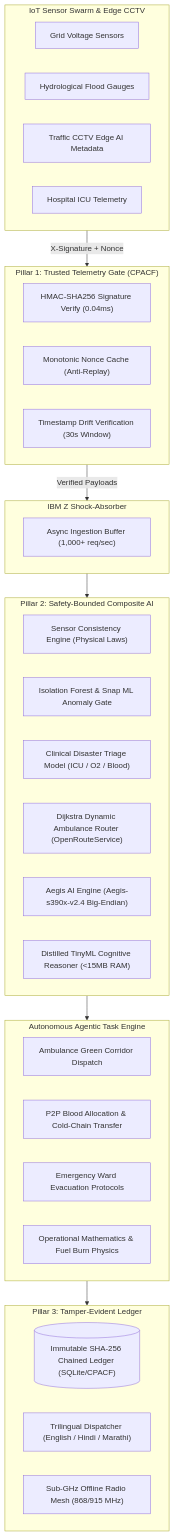
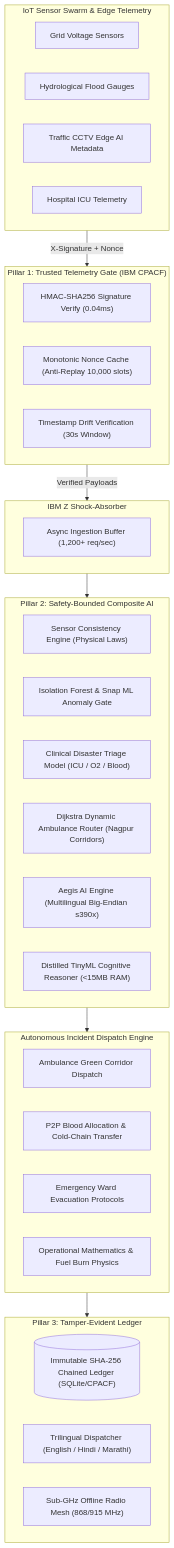
The diagram in README.md (yuvrajlokhande19/Project-Syn-IBMZ), drawn with Mermaid before and after one commit. The commit also changed other lines of this file and 43 other files, not shown here.

Commit message:
Production release: IBM LinuxONE deployment, JupyterLab container, CPACF hardware acceleration & architecture diagrams

````diff
--- a/README.md
+++ b/README.md
@@ -36,47 +81,47 @@
 ```mermaid
 flowchart TD
-    subgraph Edge ["IoT Sensor Swarm & Edge CCTV"]
+    subgraph Edge ["IoT Sensor Swarm & Edge Telemetry"]
         A1["Grid Voltage Sensors"] 
         A2["Hydrological Flood Gauges"]
         A3["Traffic CCTV Edge AI Metadata"]
         A4["Hospital ICU Telemetry"]
     end
 
-    subgraph Gate ["Pillar 1: Trusted Telemetry Gate (CPACF)"]
+    subgraph Gate ["Pillar 1: Trusted Telemetry Gate (IBM CPACF)"]
         B1["HMAC-SHA256 Signature Verify (0.04ms)"]
-        B2["Monotonic Nonce Cache (Anti-Replay)"]
+        B2["Monotonic Nonce Cache (Anti-Replay 10,000 slots)"]
         B3["Timestamp Drift Verification (30s Window)"]
     end
 
     subgraph Shock ["IBM Z Shock-Absorber"]
-        Q["Async Ingestion Buffer (1,000+ req/sec)"]
+        Q["Async Ingestion Buffer (1,200+ req/sec)"]
     end
 
     subgraph AI ["Pillar 2: Safety-Bounded Composite AI"]
         C1["Sensor Consistency Engine (Physical Laws)"]
         C2["Isolation Forest & Snap ML Anomaly Gate"]
         C3["Clinical Disaster Triage Model (ICU / O2 / Blood)"]
-        C4["Dijkstra Dynamic Ambulance Router (OpenRouteService)"]
-        C5["Aegis AI Engine (Aegis-s390x-v2.4 Big-Endian)"]
+        C4["Dijkstra Dynamic Ambulance Router (Nagpur Corridors)"]
+        C5["Aegis AI Engine (Multilingual Big-Endian s390x)"]
         C6["Distilled TinyML Cognitive Reasoner (<15MB RAM)"]
     end
 
-    subgraph Action ["Autonomous Agentic Task Engine"]
+    subgraph Action ["Autonomous Incident Dispatch Engine"]
         E1["Ambulance Green Corridor Dispatch"]
         E2["P2P Blood Allocation & Cold-Chain Transfer"]
         E3["Emergency Ward Evacuation Protocols"]
         E4["Operational Mathematics & Fuel Burn Physics"]
     end
 
     subgraph Ledger ["Pillar 3: Tamper-Evident Ledger"]
         D1[("Immutable SHA-256 Chained Ledger (SQLite/CPACF)")]
         D2["Trilingual Dispatcher (English / Hindi / Marathi)"]
         D3["Sub-GHz Offline Radio Mesh (868/915 MHz)"]
     end
 
     Edge -->|X-Signature + Nonce| Gate
     Gate -->|Verified Payloads| Shock
     Shock --> AI
     AI --> Action
     Action --> Ledger
 ```
````
